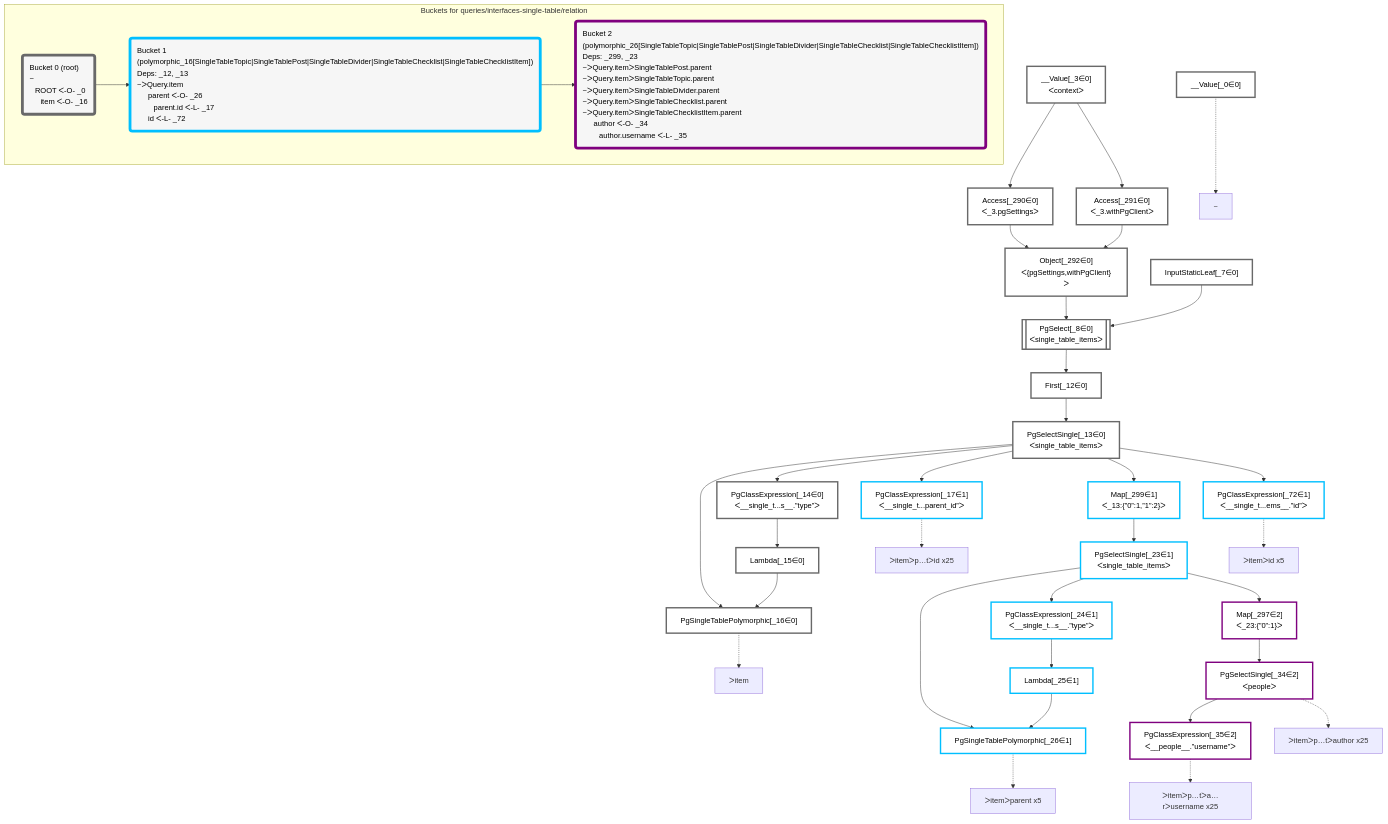
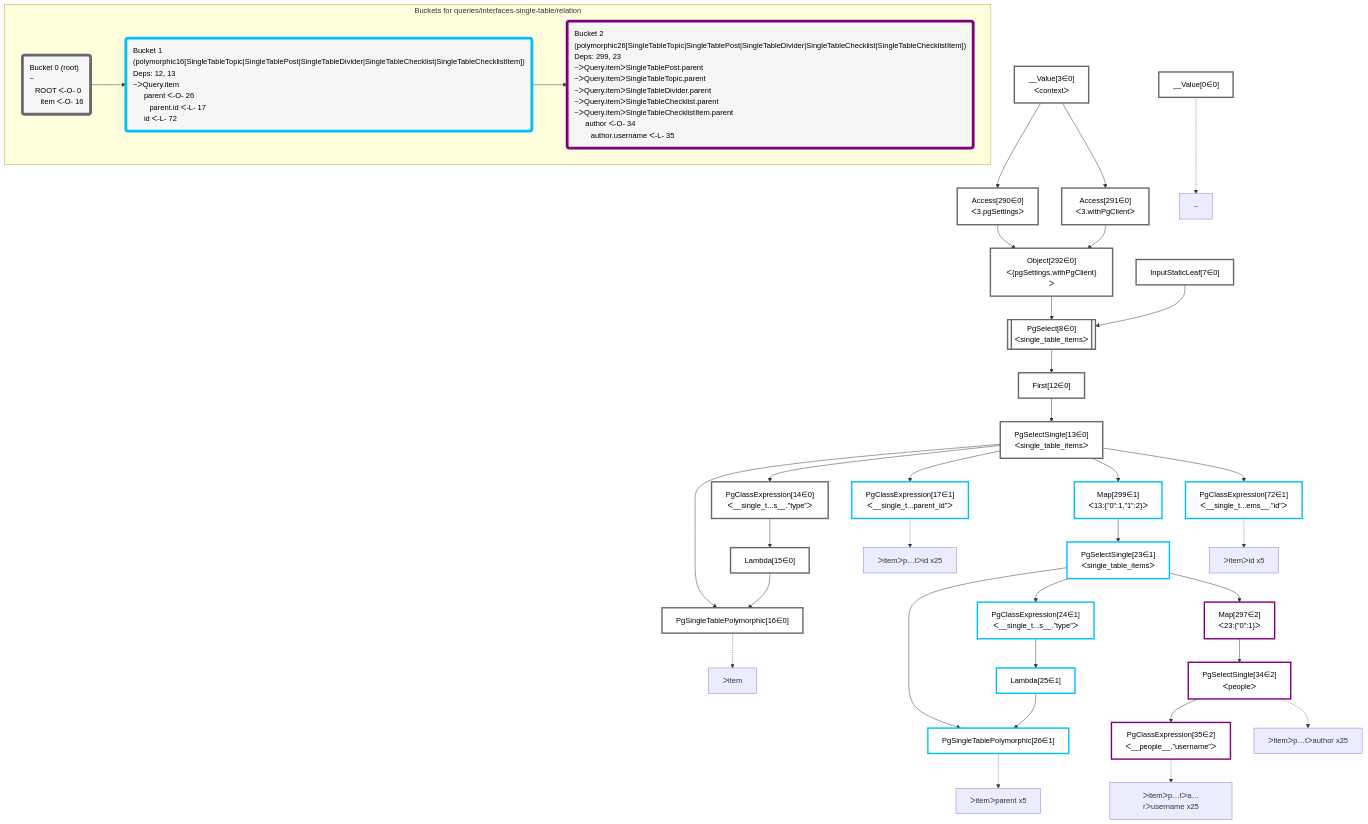
One commit to graphile/crystal changed the diagram in packages/dataplan-pg/__tests__/queries/interfaces-single-table/relation.mermaid.md. Above: the diagram before and after it, drawn with Mermaid. The commit also changed 195 other files, not shown here.

```diff
--- a/packages/dataplan-pg/__tests__/queries/interfaces-single-table/relation.mermaid.md
+++ b/packages/dataplan-pg/__tests__/queries/interfaces-single-table/relation.mermaid.md
@@ -8,76 +8,76 @@
 
 
     %% define plans
-    __Value_0["__Value[_0∈0]"]:::plan
-    PgSingleTablePolymorphic_16["PgSingleTablePolymorphic[_16∈0]"]:::plan
-    Lambda_15["Lambda[_15∈0]"]:::plan
-    PgClassExpression_14["PgClassExpression[_14∈0]<br />ᐸ__single_t...s__.”type”ᐳ"]:::plan
-    PgClassExpression_17["PgClassExpression[_17∈1]<br />ᐸ__single_t...parent_id”ᐳ"]:::plan
-    PgSingleTablePolymorphic_26["PgSingleTablePolymorphic[_26∈1]"]:::plan
-    Lambda_25["Lambda[_25∈1]"]:::plan
-    PgClassExpression_24["PgClassExpression[_24∈1]<br />ᐸ__single_t...s__.”type”ᐳ"]:::plan
-    PgClassExpression_35["PgClassExpression[_35∈2]<br />ᐸ__people__.”username”ᐳ"]:::plan
-    PgSelectSingle_34["PgSelectSingle[_34∈2]<br />ᐸpeopleᐳ"]:::plan
-    Map_297["Map[_297∈2]<br />ᐸ_23:{”0”:1}ᐳ"]:::plan
-    PgSelectSingle_23["PgSelectSingle[_23∈1]<br />ᐸsingle_table_itemsᐳ"]:::plan
-    Map_299["Map[_299∈1]<br />ᐸ_13:{”0”:1,”1”:2}ᐳ"]:::plan
-    PgClassExpression_72["PgClassExpression[_72∈1]<br />ᐸ__single_t...ems__.”id”ᐳ"]:::plan
-    PgSelectSingle_13["PgSelectSingle[_13∈0]<br />ᐸsingle_table_itemsᐳ"]:::plan
-    First_12["First[_12∈0]"]:::plan
-    PgSelect_8[["PgSelect[_8∈0]<br />ᐸsingle_table_itemsᐳ"]]:::plan
-    Object_292["Object[_292∈0]<br />ᐸ{pgSettings,withPgClient}ᐳ"]:::plan
-    Access_290["Access[_290∈0]<br />ᐸ_3.pgSettingsᐳ"]:::plan
-    Access_291["Access[_291∈0]<br />ᐸ_3.withPgClientᐳ"]:::plan
-    __Value_3["__Value[_3∈0]<br />ᐸcontextᐳ"]:::plan
-    InputStaticLeaf_7["InputStaticLeaf[_7∈0]"]:::plan
+    __Value0["__Value[0∈0]"]:::plan
+    PgSingleTablePolymorphic16["PgSingleTablePolymorphic[16∈0]"]:::plan
+    Lambda15["Lambda[15∈0]"]:::plan
+    PgClassExpression14["PgClassExpression[14∈0]<br />ᐸ__single_t...s__.”type”ᐳ"]:::plan
+    PgClassExpression17["PgClassExpression[17∈1]<br />ᐸ__single_t...parent_id”ᐳ"]:::plan
+    PgSingleTablePolymorphic26["PgSingleTablePolymorphic[26∈1]"]:::plan
+    Lambda25["Lambda[25∈1]"]:::plan
+    PgClassExpression24["PgClassExpression[24∈1]<br />ᐸ__single_t...s__.”type”ᐳ"]:::plan
+    PgClassExpression35["PgClassExpression[35∈2]<br />ᐸ__people__.”username”ᐳ"]:::plan
+    PgSelectSingle34["PgSelectSingle[34∈2]<br />ᐸpeopleᐳ"]:::plan
+    Map297["Map[297∈2]<br />ᐸ23:{”0”:1}ᐳ"]:::plan
+    PgSelectSingle23["PgSelectSingle[23∈1]<br />ᐸsingle_table_itemsᐳ"]:::plan
+    Map299["Map[299∈1]<br />ᐸ13:{”0”:1,”1”:2}ᐳ"]:::plan
+    PgClassExpression72["PgClassExpression[72∈1]<br />ᐸ__single_t...ems__.”id”ᐳ"]:::plan
+    PgSelectSingle13["PgSelectSingle[13∈0]<br />ᐸsingle_table_itemsᐳ"]:::plan
+    First12["First[12∈0]"]:::plan
+    PgSelect8[["PgSelect[8∈0]<br />ᐸsingle_table_itemsᐳ"]]:::plan
+    Object292["Object[292∈0]<br />ᐸ{pgSettings,withPgClient}ᐳ"]:::plan
+    Access290["Access[290∈0]<br />ᐸ3.pgSettingsᐳ"]:::plan
+    Access291["Access[291∈0]<br />ᐸ3.withPgClientᐳ"]:::plan
+    __Value3["__Value[3∈0]<br />ᐸcontextᐳ"]:::plan
+    InputStaticLeaf7["InputStaticLeaf[7∈0]"]:::plan
 
     %% plan dependencies
-    Lambda_15 & PgSelectSingle_13 --> PgSingleTablePolymorphic_16
-    PgClassExpression_14 --> Lambda_15
-    PgSelectSingle_13 --> PgClassExpression_14
-    PgSelectSingle_13 --> PgClassExpression_17
-    Lambda_25 & PgSelectSingle_23 --> PgSingleTablePolymorphic_26
-    PgClassExpression_24 --> Lambda_25
-    PgSelectSingle_23 --> PgClassExpression_24
-    PgSelectSingle_34 --> PgClassExpression_35
-    Map_297 --> PgSelectSingle_34
-    PgSelectSingle_23 --> Map_297
-    Map_299 --> PgSelectSingle_23
-    PgSelectSingle_13 --> Map_299
-    PgSelectSingle_13 --> PgClassExpression_72
-    First_12 --> PgSelectSingle_13
-    PgSelect_8 --> First_12
-    Object_292 & InputStaticLeaf_7 --> PgSelect_8
-    Access_290 & Access_291 --> Object_292
-    __Value_3 --> Access_290
-    __Value_3 --> Access_291
+    Lambda15 & PgSelectSingle13 --> PgSingleTablePolymorphic16
+    PgClassExpression14 --> Lambda15
+    PgSelectSingle13 --> PgClassExpression14
+    PgSelectSingle13 --> PgClassExpression17
+    Lambda25 & PgSelectSingle23 --> PgSingleTablePolymorphic26
+    PgClassExpression24 --> Lambda25
+    PgSelectSingle23 --> PgClassExpression24
+    PgSelectSingle34 --> PgClassExpression35
+    Map297 --> PgSelectSingle34
+    PgSelectSingle23 --> Map297
+    Map299 --> PgSelectSingle23
+    PgSelectSingle13 --> Map299
+    PgSelectSingle13 --> PgClassExpression72
+    First12 --> PgSelectSingle13
+    PgSelect8 --> First12
+    Object292 & InputStaticLeaf7 --> PgSelect8
+    Access290 & Access291 --> Object292
+    __Value3 --> Access290
+    __Value3 --> Access291
 
     %% plan-to-path relationships
-    P_0["~"]
-    __Value_0 -.-> P_0
-    P_16["ᐳitem"]
-    PgSingleTablePolymorphic_16 -.-> P_16
-    P_17["ᐳitemᐳp…tᐳid x25"]
-    PgClassExpression_17 -.-> P_17
-    P_26["ᐳitemᐳparent x5"]
-    PgSingleTablePolymorphic_26 -.-> P_26
-    P_34["ᐳitemᐳp…tᐳauthor x25"]
-    PgSelectSingle_34 -.-> P_34
-    P_35["ᐳitemᐳp…tᐳa…rᐳusername x25"]
-    PgClassExpression_35 -.-> P_35
-    P_72["ᐳitemᐳid x5"]
-    PgClassExpression_72 -.-> P_72
+    P0["~"]
+    __Value0 -.-> P0
+    P16["ᐳitem"]
+    PgSingleTablePolymorphic16 -.-> P16
+    P17["ᐳitemᐳp…tᐳid x25"]
+    PgClassExpression17 -.-> P17
+    P26["ᐳitemᐳparent x5"]
+    PgSingleTablePolymorphic26 -.-> P26
+    P34["ᐳitemᐳp…tᐳauthor x25"]
+    PgSelectSingle34 -.-> P34
+    P35["ᐳitemᐳp…tᐳa…rᐳusername x25"]
+    PgClassExpression35 -.-> P35
+    P72["ᐳitemᐳid x5"]
+    PgClassExpression72 -.-> P72
 
     subgraph "Buckets for queries/interfaces-single-table/relation"
-    Bucket0("Bucket 0 (root)<br />~<br />⠀ROOT ᐸ-O- _0<br />⠀⠀item ᐸ-O- _16"):::bucket
+    Bucket0("Bucket 0 (root)<br />~<br />⠀ROOT ᐸ-O- 0<br />⠀⠀item ᐸ-O- 16"):::bucket
     classDef bucket0 stroke:#696969
-    class Bucket0,__Value_0,__Value_3,InputStaticLeaf_7,PgSelect_8,First_12,PgSelectSingle_13,PgClassExpression_14,Lambda_15,PgSingleTablePolymorphic_16,Access_290,Access_291,Object_292 bucket0
-    Bucket1("Bucket 1 (polymorphic_16[SingleTableTopic|SingleTablePost|SingleTableDivider|SingleTableChecklist|SingleTableChecklistItem])<br />Deps: _12, _13<br />~ᐳQuery.item<br />⠀⠀parent ᐸ-O- _26<br />⠀⠀⠀parent.id ᐸ-L- _17<br />⠀⠀id ᐸ-L- _72"):::bucket
+    class Bucket0,__Value0,__Value3,InputStaticLeaf7,PgSelect8,First12,PgSelectSingle13,PgClassExpression14,Lambda15,PgSingleTablePolymorphic16,Access290,Access291,Object292 bucket0
+    Bucket1("Bucket 1 (polymorphic16[SingleTableTopic|SingleTablePost|SingleTableDivider|SingleTableChecklist|SingleTableChecklistItem])<br />Deps: 12, 13<br />~ᐳQuery.item<br />⠀⠀parent ᐸ-O- 26<br />⠀⠀⠀parent.id ᐸ-L- 17<br />⠀⠀id ᐸ-L- 72"):::bucket
     classDef bucket1 stroke:#00bfff
-    class Bucket1,PgClassExpression_17,PgSelectSingle_23,PgClassExpression_24,Lambda_25,PgSingleTablePolymorphic_26,PgClassExpression_72,Map_299 bucket1
-    Bucket2("Bucket 2 (polymorphic_26[SingleTableTopic|SingleTablePost|SingleTableDivider|SingleTableChecklist|SingleTableChecklistItem])<br />Deps: _299, _23<br />~ᐳQuery.itemᐳSingleTablePost.parent<br />~ᐳQuery.itemᐳSingleTableTopic.parent<br />~ᐳQuery.itemᐳSingleTableDivider.parent<br />~ᐳQuery.itemᐳSingleTableChecklist.parent<br />~ᐳQuery.itemᐳSingleTableChecklistItem.parent<br />⠀⠀author ᐸ-O- _34<br />⠀⠀⠀author.username ᐸ-L- _35"):::bucket
+    class Bucket1,PgClassExpression17,PgSelectSingle23,PgClassExpression24,Lambda25,PgSingleTablePolymorphic26,PgClassExpression72,Map299 bucket1
+    Bucket2("Bucket 2 (polymorphic26[SingleTableTopic|SingleTablePost|SingleTableDivider|SingleTableChecklist|SingleTableChecklistItem])<br />Deps: 299, 23<br />~ᐳQuery.itemᐳSingleTablePost.parent<br />~ᐳQuery.itemᐳSingleTableTopic.parent<br />~ᐳQuery.itemᐳSingleTableDivider.parent<br />~ᐳQuery.itemᐳSingleTableChecklist.parent<br />~ᐳQuery.itemᐳSingleTableChecklistItem.parent<br />⠀⠀author ᐸ-O- 34<br />⠀⠀⠀author.username ᐸ-L- 35"):::bucket
     classDef bucket2 stroke:#7f007f
-    class Bucket2,PgSelectSingle_34,PgClassExpression_35,Map_297 bucket2
+    class Bucket2,PgSelectSingle34,PgClassExpression35,Map297 bucket2
     Bucket0 --> Bucket1
     Bucket1 --> Bucket2
     end
```
